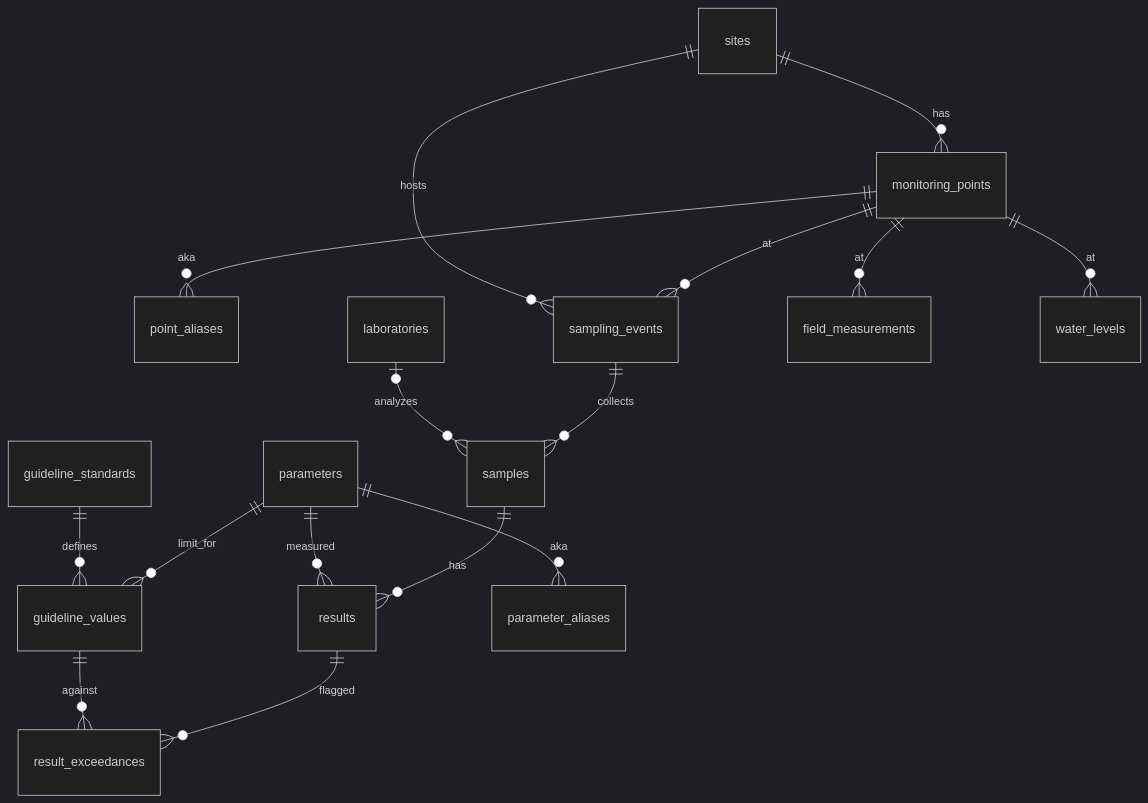
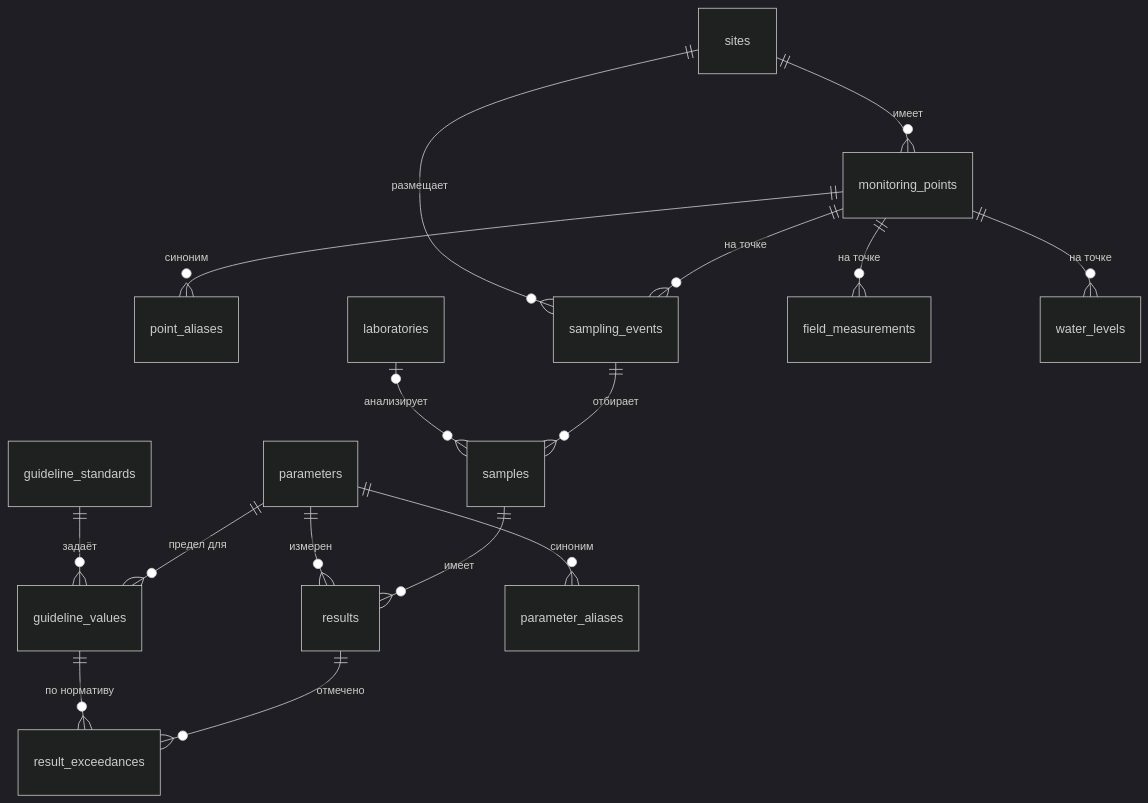
The diagram in README.md (TimurMZh/EcoDB), drawn with Mermaid (dark theme) before and after one commit. The commit also changed other lines of this file and 10 other files, not shown here.

````diff
--- a/README.md
+++ b/README.md
@@ -75,18 +67,18 @@
 ```mermaid
 erDiagram
-    sites ||--o{ monitoring_points : has
-    monitoring_points ||--o{ point_aliases : aka
-    monitoring_points ||--o{ sampling_events : at
-    sites ||--o{ sampling_events : hosts
-    sampling_events ||--o{ samples : collects
-    laboratories |o--o{ samples : analyzes
-    samples ||--o{ results : has
-    parameters ||--o{ results : measured
-    results ||--o{ result_exceedances : flagged
-    parameters ||--o{ guideline_values : limit_for
-    guideline_standards ||--o{ guideline_values : defines
-    guideline_values ||--o{ result_exceedances : against
-    monitoring_points ||--o{ field_measurements : at
-    monitoring_points ||--o{ water_levels : at
-    parameters ||--o{ parameter_aliases : aka
+    sites ||--o{ monitoring_points : "имеет"
+    monitoring_points ||--o{ point_aliases : "синоним"
+    monitoring_points ||--o{ sampling_events : "на точке"
+    sites ||--o{ sampling_events : "размещает"
+    sampling_events ||--o{ samples : "отбирает"
+    laboratories |o--o{ samples : "анализирует"
+    samples ||--o{ results : "имеет"
+    parameters ||--o{ results : "измерен"
+    results ||--o{ result_exceedances : "отмечено"
+    parameters ||--o{ guideline_values : "предел для"
+    guideline_standards ||--o{ guideline_values : "задаёт"
+    guideline_values ||--o{ result_exceedances : "по нормативу"
+    monitoring_points ||--o{ field_measurements : "на точке"
+    monitoring_points ||--o{ water_levels : "на точке"
+    parameters ||--o{ parameter_aliases : "синоним"
 ```
````
